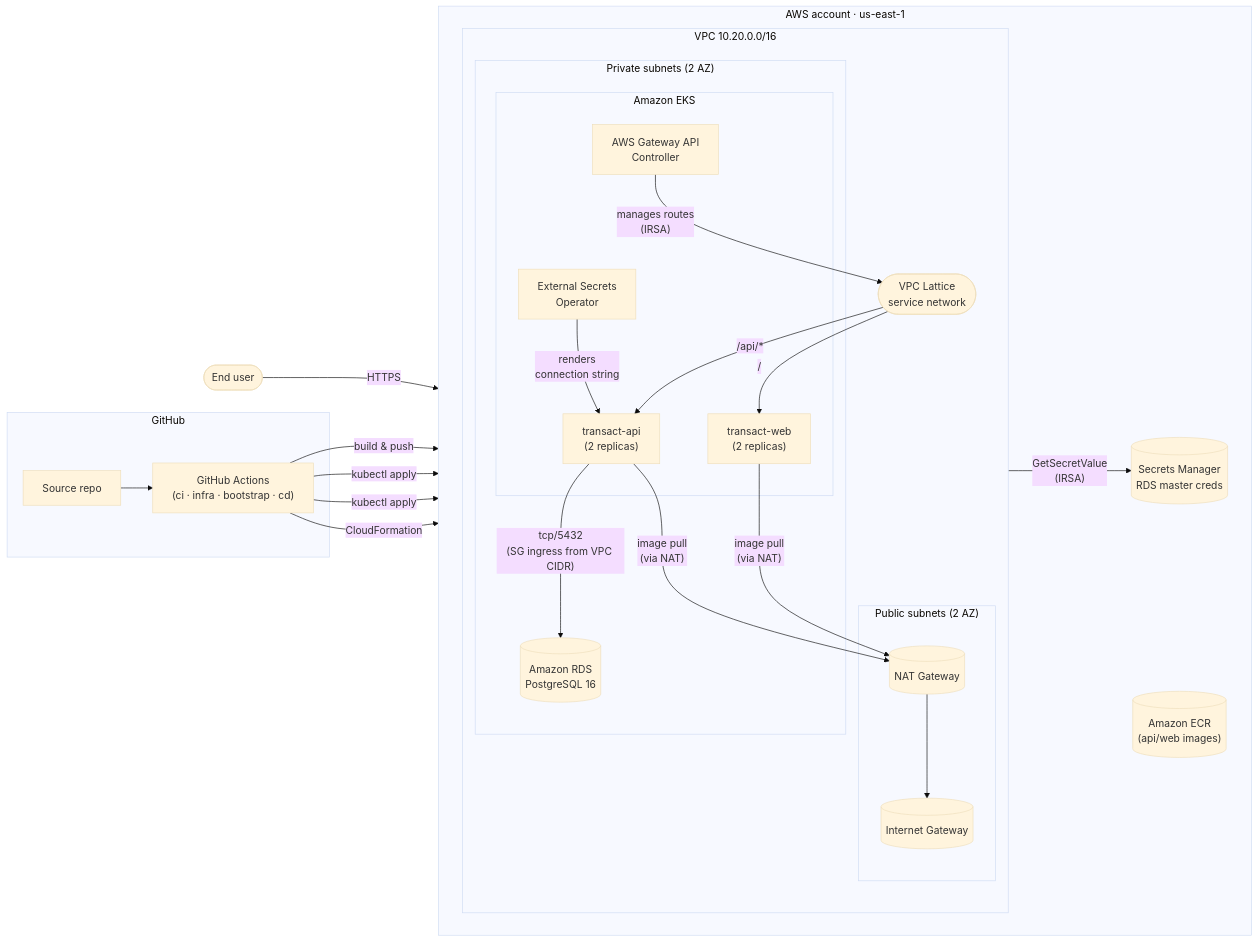
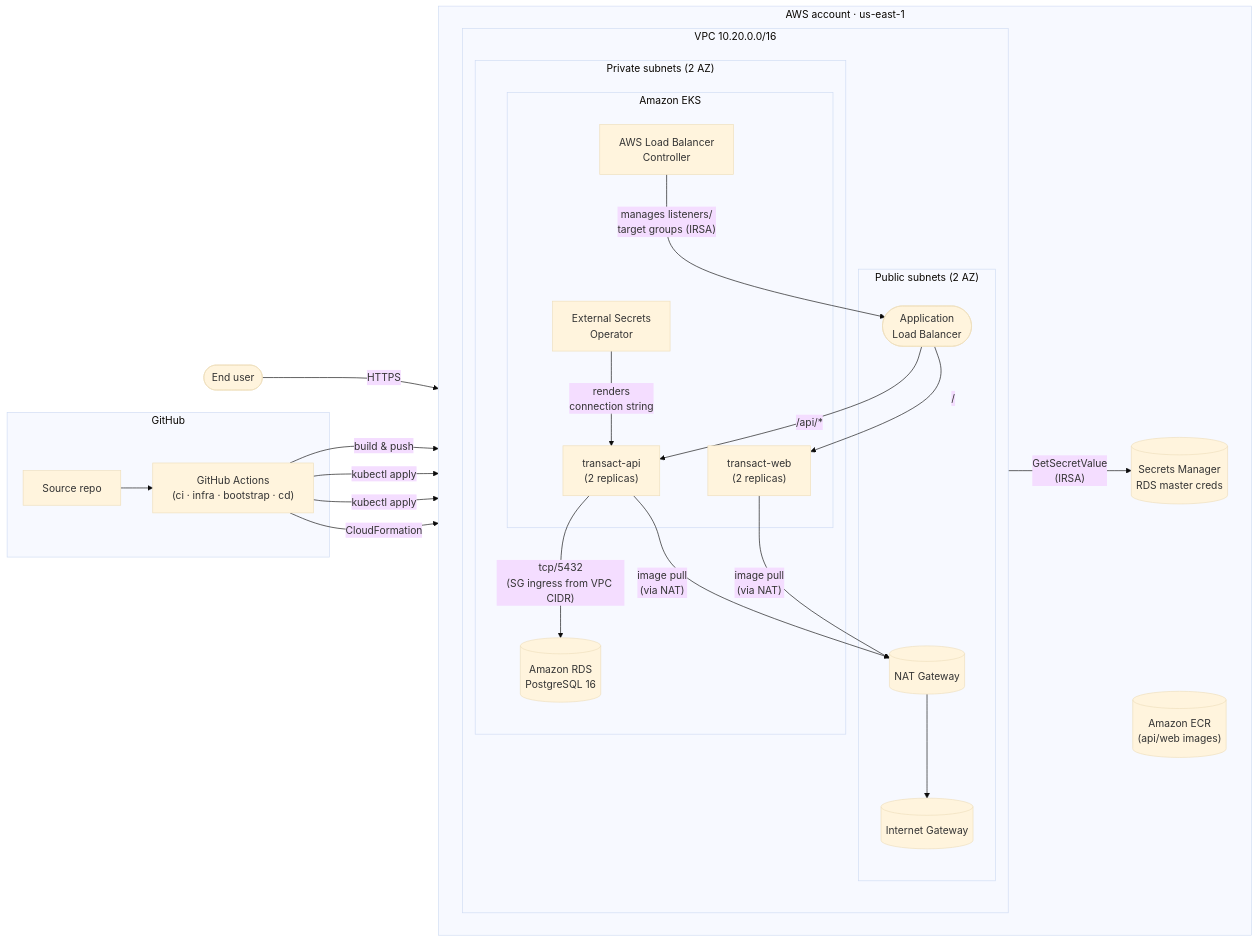
The diagram in README.md (onesmus1024/transact), drawn with Mermaid (base theme) before and after one commit. The commit also changed other lines of this file and 8 other files, not shown here.

````diff
--- a/README.md
+++ b/README.md
@@ -149,52 +149,51 @@
 ```mermaid
 flowchart LR
   subgraph "GitHub"
     REPO["Source repo"]
     GH["GitHub Actions<br/>(ci · infra · bootstrap · cd)"]
   end
 
   subgraph "AWS account · us-east-1"
     direction LR
     ECR[("Amazon ECR<br/>(api/web images)")]
     SM[("Secrets Manager<br/>RDS master creds")]
 
     subgraph "VPC 10.20.0.0/16"
       direction TB
 
       subgraph "Public subnets (2 AZ)"
         IGW[("Internet Gateway")]
         NAT[("NAT Gateway")]
+        ALB(["Application<br/>Load Balancer"])
       end
 
       subgraph "Private subnets (2 AZ)"
         subgraph "Amazon EKS"
           ESO["External Secrets<br/>Operator"]
-          GWAPI["AWS Gateway API<br/>Controller"]
+          ALBCTRL["AWS Load Balancer<br/>Controller"]
           API_POD["transact-api<br/>(2 replicas)"]
           WEB_POD["transact-web<br/>(2 replicas)"]
         end
         RDS[("Amazon RDS<br/>PostgreSQL 16")]
       end
-
-      LATTICE(["VPC Lattice<br/>service network"])
     end
   end
 
-  USER(["End user"]) -- "HTTPS" --> LATTICE
-  LATTICE -- "/api/*" --> API_POD
-  LATTICE -- "/" --> WEB_POD
+  USER(["End user"]) -- "HTTPS" --> ALB
+  ALB -- "/api/*" --> API_POD
+  ALB -- "/" --> WEB_POD
 
   REPO --> GH
   GH -- "build & push" --> ECR
   GH -- "kubectl apply" --> API_POD
   GH -- "kubectl apply" --> WEB_POD
   GH -- "CloudFormation" --> RDS
 
   API_POD -- "tcp/5432<br/>(SG ingress from VPC CIDR)" --> RDS
   ESO -- "GetSecretValue<br/>(IRSA)" --> SM
   ESO -- "renders<br/>connection string" --> API_POD
-  GWAPI -- "manages routes<br/>(IRSA)" --> LATTICE
+  ALBCTRL -- "manages listeners/<br/>target groups (IRSA)" --> ALB
 
   API_POD -- "image pull<br/>(via NAT)" --> NAT --> IGW
   WEB_POD -- "image pull<br/>(via NAT)" --> NAT
 ```
````
